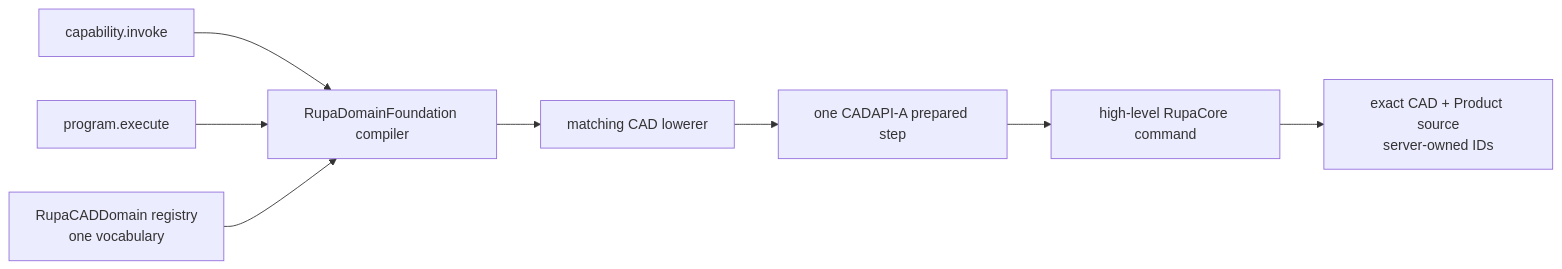
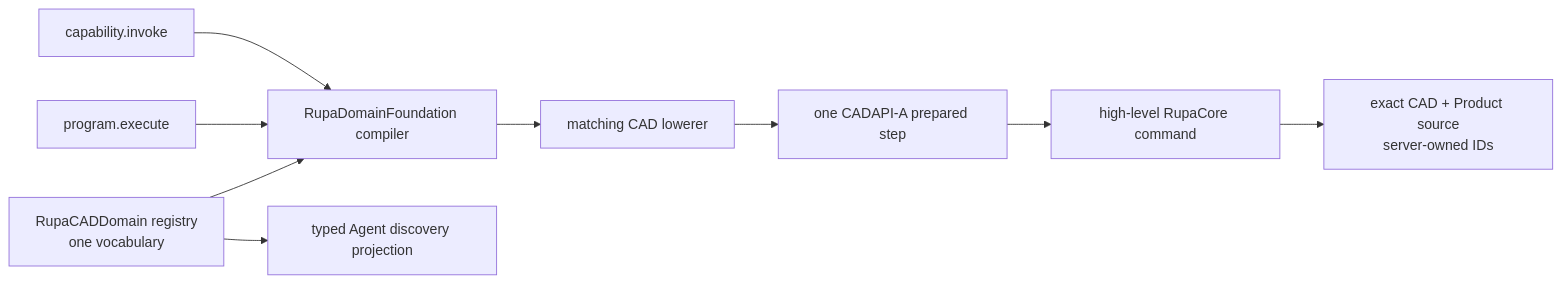
The first of 2 diagrams in RupaKit/Sources/RupaCADDomain/DESIGN.md (1amageek/Rupa), drawn with Mermaid before and after one commit. The commit also changed other lines of this file and 28 other files, not shown here.

Commit message:
Expose typed semantic operation discovery

````diff
--- a/RupaKit/Sources/RupaCADDomain/DESIGN.md
+++ b/RupaKit/Sources/RupaCADDomain/DESIGN.md
@@ -42,10 +42,11 @@
 ```mermaid
 flowchart LR
     Direct["capability.invoke"] --> Compiler["RupaDomainFoundation compiler"]
     Program["program.execute"] --> Compiler
     Registry["RupaCADDomain registry\none vocabulary"] --> Compiler
+    Registry --> Discovery["typed Agent discovery projection"]
     Compiler --> Lowerer["matching CAD lowerer"]
     Lowerer --> Prepared["one CADAPI-A prepared step"]
     Prepared --> Core["high-level RupaCore command"]
     Core --> Source["exact CAD + Product source\nserver-owned IDs"]
 ```
````
